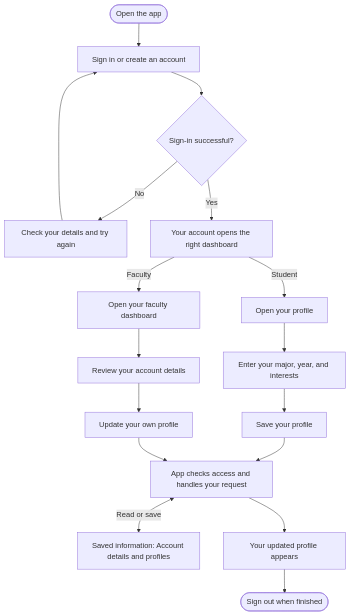
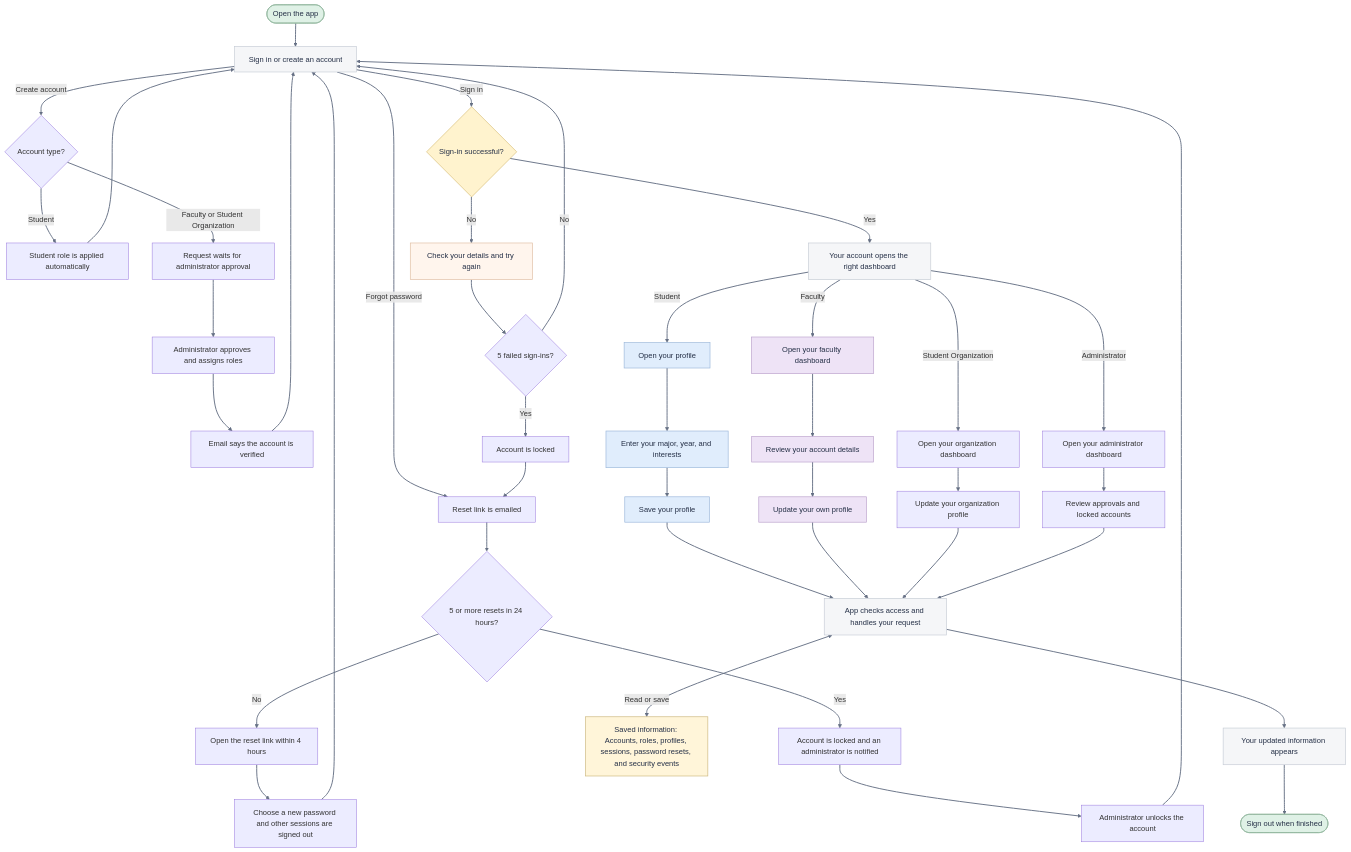
The diagram in docs/Workflow_Diagram/workflow.mmd (jasonreese9/CS3338Final), drawn with Mermaid before and after one commit. The commit also changed 10 other files, not shown here.

Commit message:
Fix Document Conventions in Snapshot Objectives Clarify the JWT versus login in SDD. Update the workflow to match the newer SDD/SRS.

```diff
--- a/docs/Workflow_Diagram/workflow.mmd
+++ b/docs/Workflow_Diagram/workflow.mmd
@@ -1,19 +1,73 @@
 flowchart TD
     A([Open the app]) --> B[Sign in or create an account]
-    B --> C{Sign-in successful?}
+
+    %% Account creation and approval
+    B -->|Create account| N{Account type?}
+    N -->|Student| N1[Student role is applied automatically]
+    N -->|Faculty or Student Organization| N2[Request waits for administrator approval]
+    N2 --> N3[Administrator approves and assigns roles]
+    N3 --> N4[Email says the account is verified]
+    N1 --> B
+    N4 --> B
+
+    %% Sign in and lockout
+    B -->|Sign in| C{Sign-in successful?}
     C -->|No| R[Check your details and try again]
-    R --> B
+    R --> L{5 failed sign-ins?}
+    L -->|No| B
+    L -->|Yes| K[Account is locked]
+
+    %% Forgot password
+    B -->|Forgot password| FP[Reset link is emailed]
+    K --> FP
+    FP --> FR{5 or more resets in 24 hours?}
+    FR -->|No| FL[Open the reset link within 4 hours]
+    FL --> FN[Choose a new password and other sessions are signed out]
+    FN --> B
+    FR -->|Yes| K2[Account is locked and an administrator is notified]
+    K2 --> U[Administrator unlocks the account]
+    U --> B
+
+    %% Role dashboards
     C -->|Yes| D[Your account opens the right dashboard]
     D -->|Student| S0[Open your profile]
     D -->|Faculty| F0[Open your faculty dashboard]
+    D -->|Student Organization| O0[Open your organization dashboard]
+    D -->|Administrator| M0[Open your administrator dashboard]
+
     S0 --> S1[Enter your major, year, and interests]
     S1 --> S2[Save your profile]
     S2 --> P[App checks access and handles your request]
     F0 --> F1[Review your account details]
     F1 --> F2[Update your own profile]
-    F2 --> P[App checks access and handles your request]
-    P <-->|Read or save| DB[Saved information: Account details and profiles]
-    P --> V[Your updated profile appears]
+    F2 --> P
+    O0 --> O1[Update your organization profile]
+    O1 --> P
+    M0 --> M1[Review approvals and locked accounts]
+    M1 --> P
+
+    P <-->|Read or save| DB[Saved information: Accounts, roles, profiles, sessions, password resets, and security events]
+    P --> V[Your updated information appears]
     V --> E([Sign out when finished])
+
     %% Students: own records. Faculty: permitted content and authorized student progress.
+    %% Student organizations cannot view student profiles.
+    %% Resets for unknown accounts notify an administrator but show the same confirmation.
     %% All database access happens through the server.
+
+    %% Colors match the original hand drawn workflow diagram.
+    classDef startEnd fill:#dff1e6,stroke:#92b69e,stroke-width:1.4px,color:#253047
+    classDef step fill:#f5f6f8,stroke:#c6ccd5,stroke-width:1.4px,color:#253047
+    classDef decision fill:#fff3ce,stroke:#d7be78,stroke-width:1.4px,color:#253047
+    classDef retry fill:#fff5ed,stroke:#dfbea3,stroke-width:1.4px,color:#253047
+    classDef student fill:#e0edfc,stroke:#9bb7da,stroke-width:1.4px,color:#253047
+    classDef faculty fill:#eee3f6,stroke:#bba2cc,stroke-width:1.4px,color:#253047
+    classDef data fill:#fff5d9,stroke:#ccb77e,stroke-width:1.4px,color:#253047
+    class A,E startEnd
+    class B,D,P,V step
+    class C decision
+    class R retry
+    class S0,S1,S2 student
+    class F0,F1,F2 faculty
+    class DB data
+    linkStyle default stroke:#667085,stroke-width:2px
```
